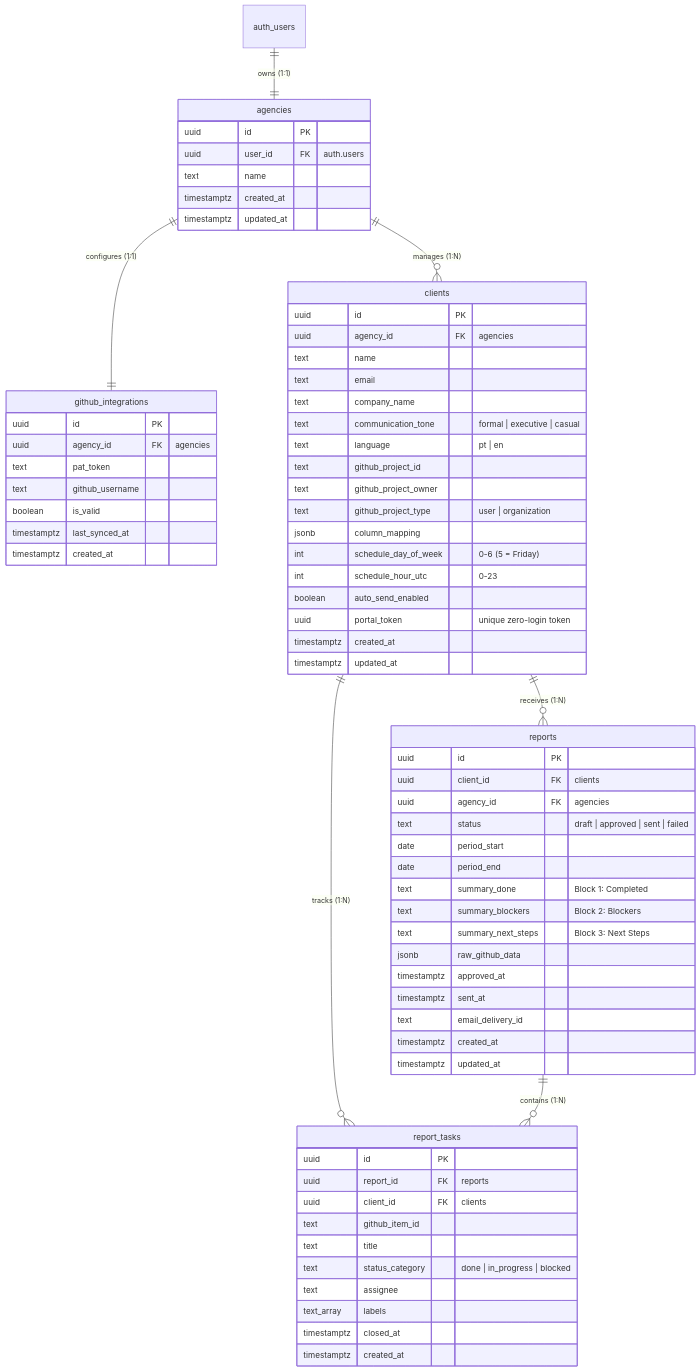
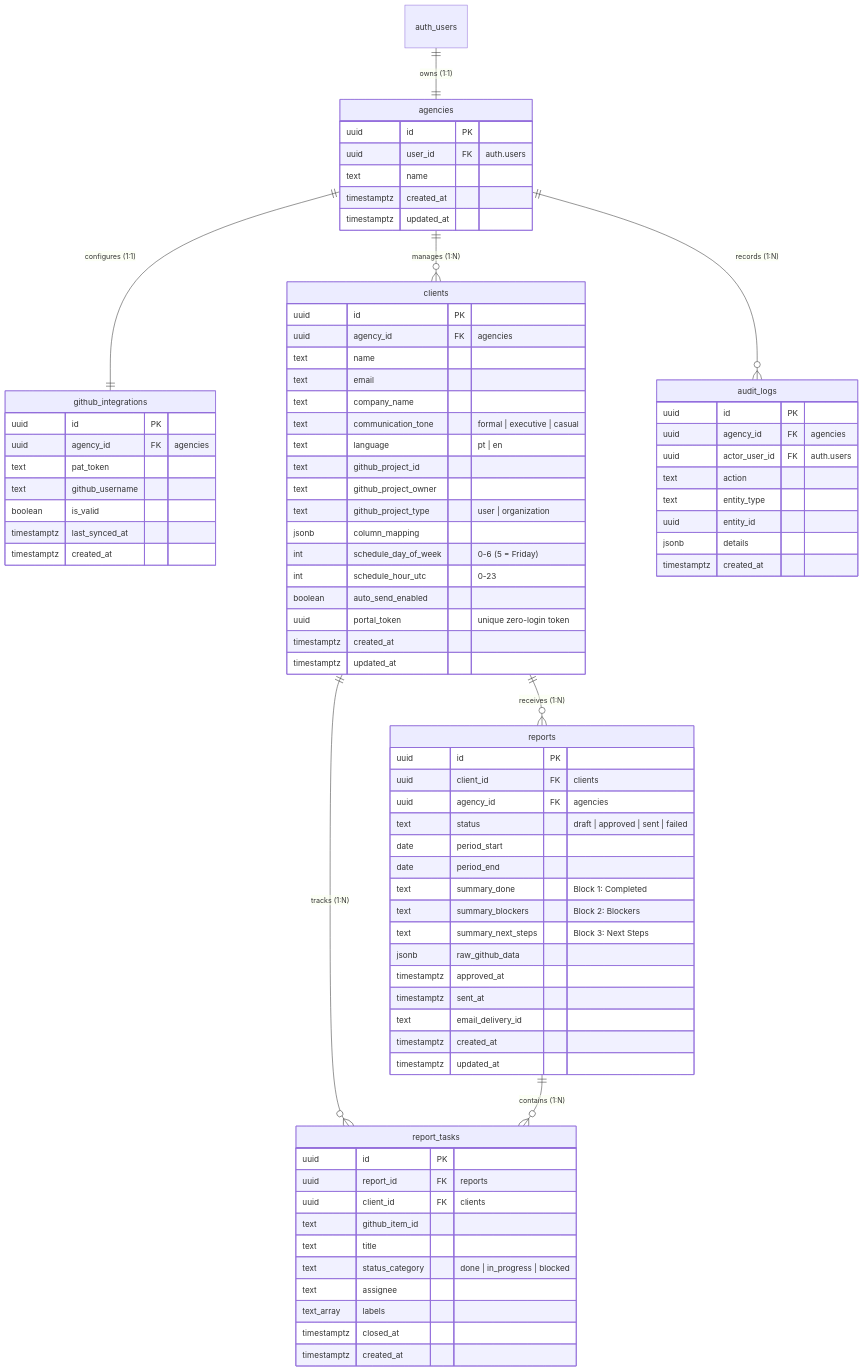
The diagram in docs/DATABASE.md (cabrito33/ClientPulse-AI), drawn with Mermaid before and after one commit. The commit also changed other lines of this file and 3 other files, not shown here.

```diff
--- a/docs/DATABASE.md
+++ b/docs/DATABASE.md
@@ -20,6 +20,18 @@
     clients ||--o{ reports : "receives (1:N)"
     clients ||--o{ report_tasks : "tracks (1:N)"
     reports ||--o{ report_tasks : "contains (1:N)"
+    agencies ||--o{ audit_logs : "records (1:N)"
+
+    audit_logs {
+        uuid id PK
+        uuid agency_id FK "agencies"
+        uuid actor_user_id FK "auth.users"
+        text action
+        text entity_type
+        uuid entity_id
+        jsonb details
+        timestamptz created_at
+    }
 
     agencies {
         uuid id PK
```
